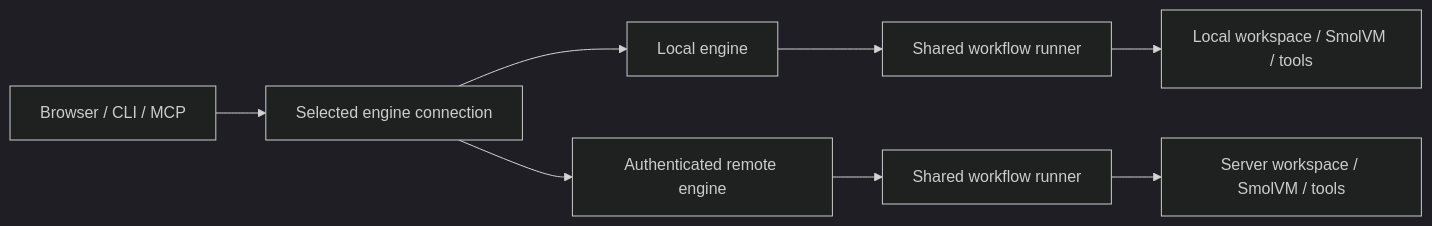
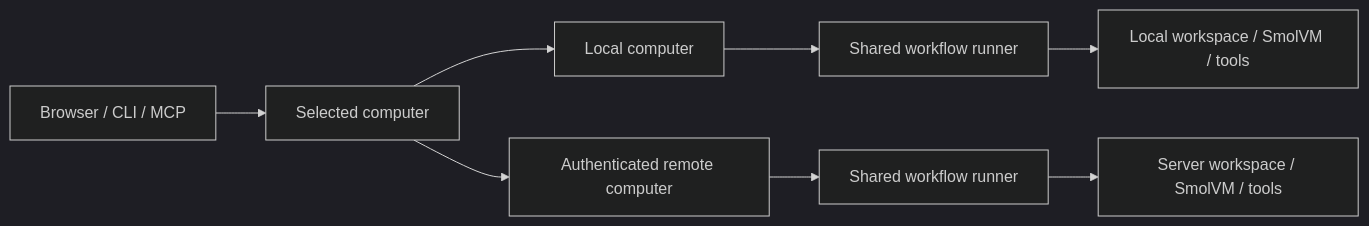
One commit to 0sec-labs/0 changed the first of 2 diagrams in docs/src/content/docs/architecture.md. Above: the diagram before and after it, drawn with Mermaid (dark theme). The commit also changed other lines of this file and 20 other files, not shown here.

````diff
--- a/docs/src/content/docs/architecture.md
+++ b/docs/src/content/docs/architecture.md
@@ -63,10 +63,10 @@
 ```mermaid
 flowchart LR
-  UI[Browser / CLI / MCP] --> Connection[Selected engine connection]
-  Connection --> Local[Local engine]
-  Connection --> Remote[Authenticated remote engine]
+  UI[Browser / CLI / MCP] --> Connection[Selected computer]
+  Connection --> Local[Local computer]
+  Connection --> Remote[Authenticated remote computer]
   Local --> LocalRunner[Shared workflow runner]
   Remote --> RemoteRunner[Shared workflow runner]
   LocalRunner --> LocalTools[Local workspace / SmolVM / tools]
   RemoteRunner --> RemoteTools[Server workspace / SmolVM / tools]
 ```
````
